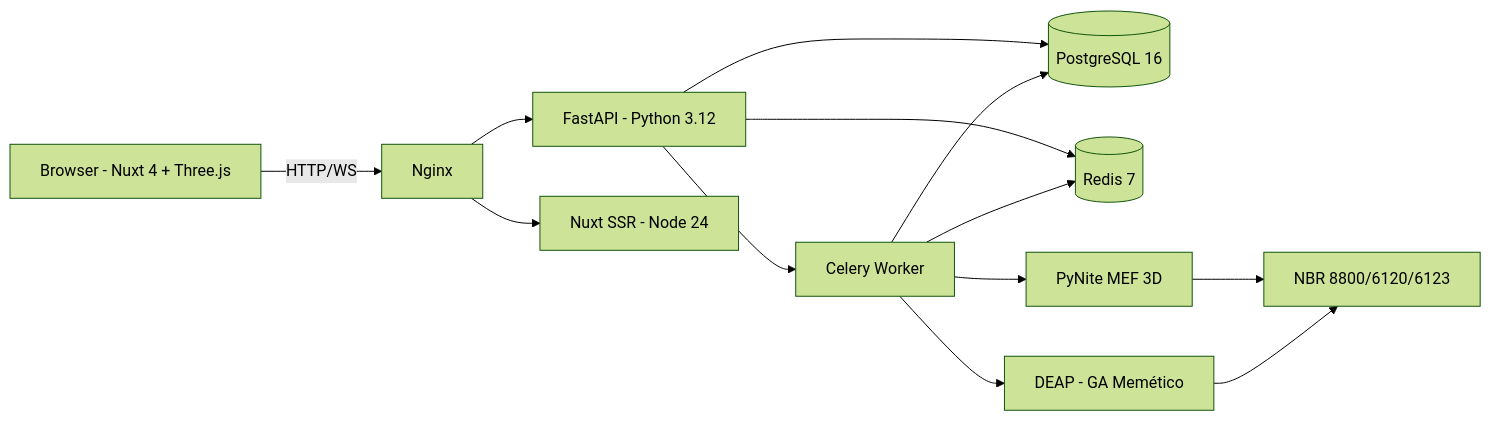
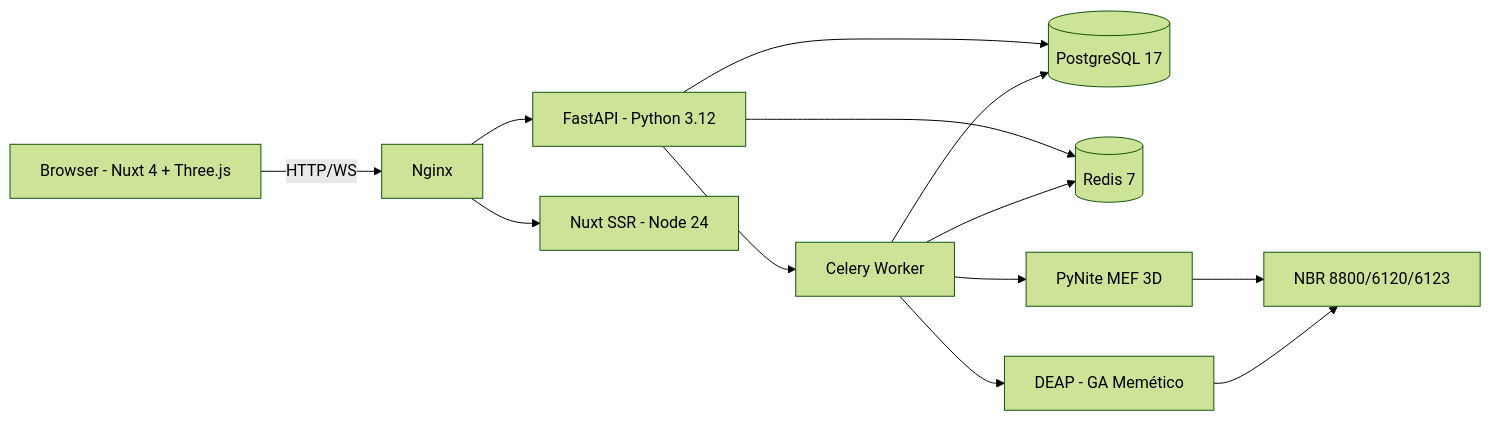
The second of 3 diagrams in README.md (paulomml/truss-opt-3d), drawn with Mermaid (forest theme) before and after one commit. The commit also changed other lines of this file and 11 other files, not shown here.

````diff
--- a/README.md
+++ b/README.md
@@ -242,15 +242,15 @@
 ```mermaid
 flowchart LR
     A[Browser - Nuxt 4 + Three.js] -->|HTTP/WS| B[Nginx]
     B --> C[FastAPI - Python 3.12]
     B --> D[Nuxt SSR - Node 24]
-    C --> E[(PostgreSQL 16)]
+    C --> E[(PostgreSQL 17)]
     C --> F[(Redis 7)]
     C --> G[Celery Worker]
     G --> E
     G --> F
     G --> H[PyNite MEF 3D]
     G --> I[DEAP - GA Memético]
     H --> J[NBR 8800/6120/6123]
     I --> J
 ```
````
